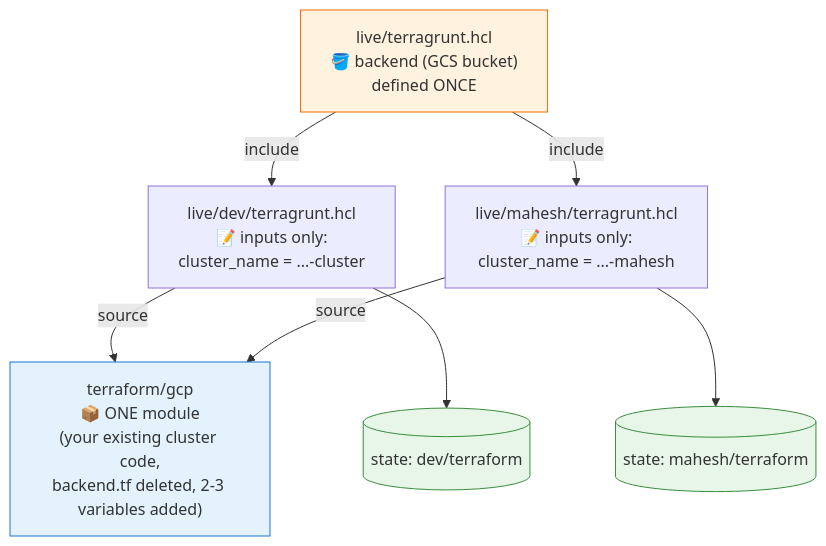
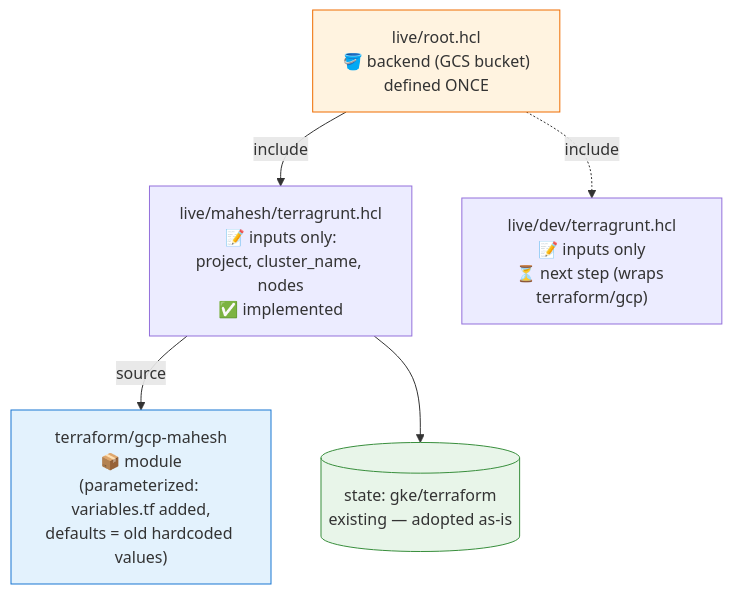
The diagram in terragrunt-getting-started.md (maheshrajannan/HelmCrackDetectionV2), drawn with Mermaid before and after one commit. The commit also changed other lines of this file and 2 other files, not shown here.

First line of the commit message:
terragrunt

````diff
--- a/terragrunt-getting-started.md
+++ b/terragrunt-getting-started.md
@@ -9,24 +11,20 @@
 ```mermaid
 flowchart TD
-    ROOT["live/terragrunt.hcl<br/>🪣 backend (GCS bucket)<br/>defined ONCE"]
+    ROOT["live/root.hcl<br/>🪣 backend (GCS bucket)<br/>defined ONCE"]
 
-    DEV["live/dev/terragrunt.hcl<br/>📝 inputs only:<br/>cluster_name = ...-cluster"]
-    MAH["live/mahesh/terragrunt.hcl<br/>📝 inputs only:<br/>cluster_name = ...-mahesh"]
+    MAH["live/mahesh/terragrunt.hcl<br/>📝 inputs only:<br/>project, cluster_name, nodes<br/>✅ implemented"]
+    DEV["live/dev/terragrunt.hcl<br/>📝 inputs only<br/>⏳ next step (wraps terraform/gcp)"]
 
-    MOD["terraform/gcp<br/>📦 ONE module<br/>(your existing cluster code,<br/>backend.tf deleted, 2-3 variables added)"]
+    MOD["terraform/gcp-mahesh<br/>📦 module<br/>(parameterized: variables.tf added,<br/>defaults = old hardcoded values)"]
 
-    SDEV[("state: dev/terraform")]
-    SMAH[("state: mahesh/terraform")]
+    SMAH[("state: gke/terraform<br/>existing — adopted as-is")]
 
-    ROOT -- include --> DEV
     ROOT -- include --> MAH
-    DEV -- source --> MOD
+    ROOT -. include .-> DEV
     MAH -- source --> MOD
-    DEV --> SDEV
     MAH --> SMAH
 
     style ROOT fill:#fff3e0,stroke:#ef6c00
     style MOD fill:#e3f2fd,stroke:#1976d2
-    style SDEV fill:#e8f5e9,stroke:#388e3c
     style SMAH fill:#e8f5e9,stroke:#388e3c
 ```
````
